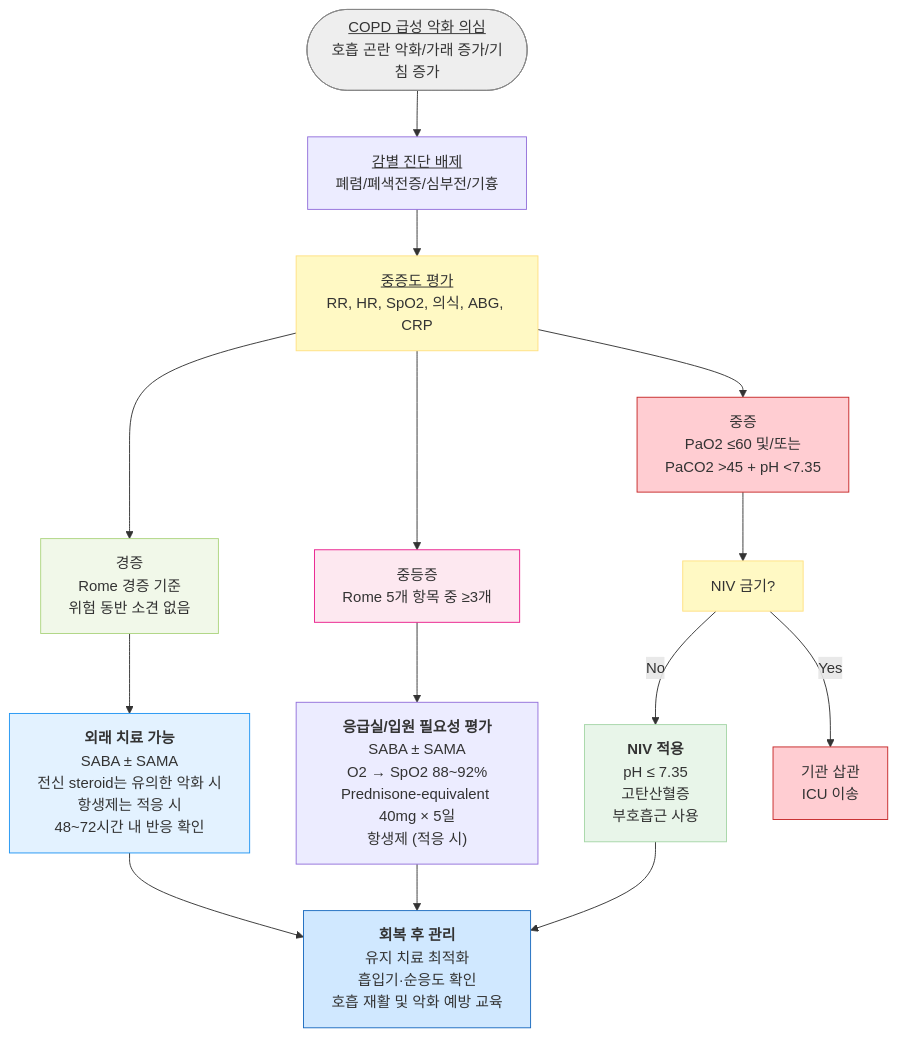
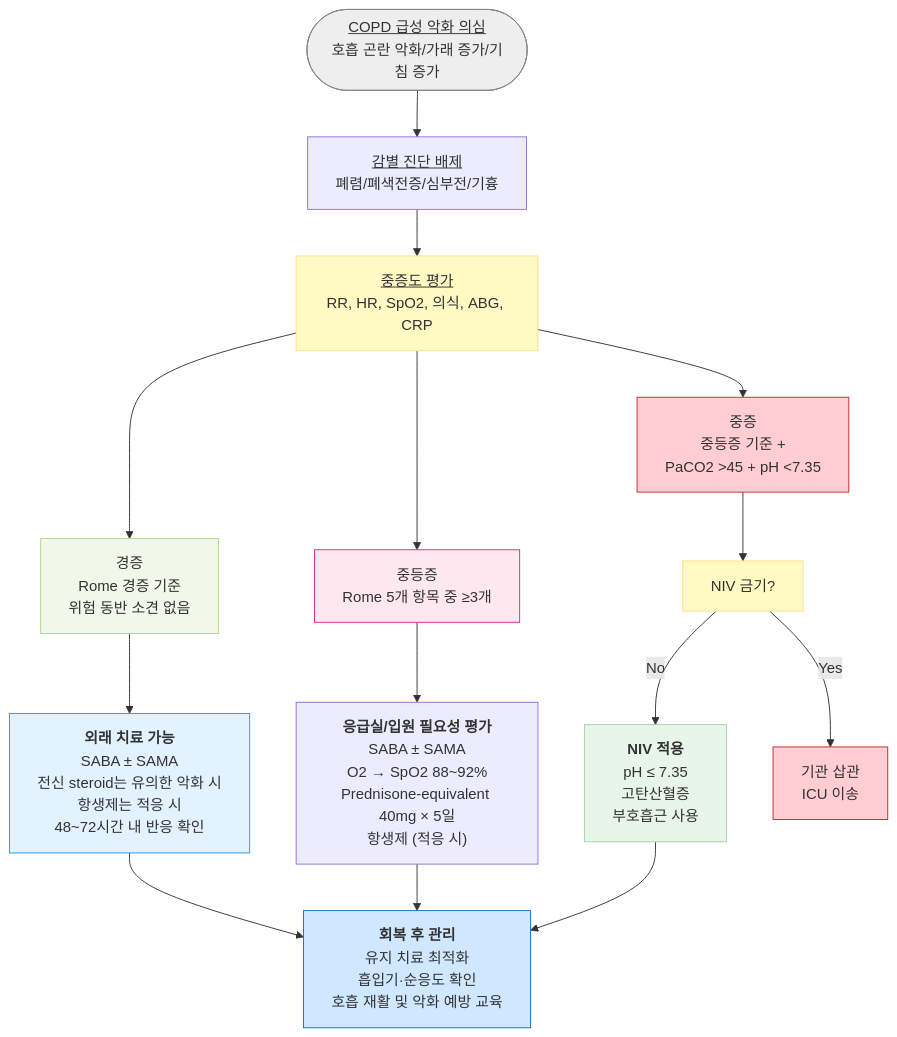
The third of 3 diagrams in 223_/072_-copd.md (familyoh77/familyoh77), drawn with Mermaid before and after one commit. The commit also changed other lines of this file and 2 other files, not shown here.

````diff
--- a/223_/072_-copd.md
+++ b/223_/072_-copd.md
@@ -578,34 +578,34 @@
 ```mermaid
 flowchart TD
     Start(["<u>COPD 급성 악화 의심</u><br/>호흡 곤란 악화/가래 증가/기침 증가"])
 
     Start --> Diff["<u>감별 진단 배제</u><br/>폐렴/폐색전증/심부전/기흉"]
     Diff --> Severity["<u>중증도 평가</u><br/>RR, HR, SpO2, 의식, ABG, CRP"]
 
     Severity --> Mild["경증<br/>Rome 경증 기준<br/>위험 동반 소견 없음"]
     Severity --> Moderate["중등증<br/>Rome 5개 항목 중 ≥3개"]
-    Severity --> Severe["중증<br/>PaO2 ≤60 및/또는<br/>PaCO2 &gt;45 + pH &lt;7.35"]
+    Severity --> Severe["중증<br/>중등증 기준 +<br/>PaCO2 &gt;45 + pH &lt;7.35"]
 
     Mild --> OutTx["<b>외래 치료 가능</b><br/>SABA ± SAMA<br/>전신 steroid는 유의한 악화 시<br/>항생제는 적응 시<br/>48~72시간 내 반응 확인"]
 
     Moderate --> HospTx["<b>응급실/입원 필요성 평가</b><br/>SABA ± SAMA<br/>O2 → SpO2 88~92%<br/>Prednisone-equivalent 40mg × 5일<br/>항생제 (적응 시)"]
 
     Severe --> NIVcheck["NIV 금기?"]
     NIVcheck -->|"No"| NIV["<b>NIV 적용</b><br/>pH ≤ 7.35<br/>고탄산혈증<br/>부호흡근 사용"]
     NIVcheck -->|"Yes"| Intubation["기관 삽관<br/>ICU 이송"]
 
     OutTx --> Followup["<b>회복 후 관리</b><br/>유지 치료 최적화<br/>흡입기·순응도 확인<br/>호흡 재활 및 악화 예방 교육"]
     HospTx --> Followup
     NIV --> Followup
 
     style Start fill:#eeeeee,stroke:#888888
     style Mild fill:#f1f8e9,stroke:#aed581
     style Moderate fill:#fde8f0,stroke:#e91e8c
     style NIV fill:#e8f5e9,stroke:#a5d6a7
 classDef yellow fill:#fff9c4,stroke:#ffe082    
 class Severity,NIVcheck yellow
 classDef red fill:#ffcdd2,stroke:#c62828
 class Severe,Intubation red
     style Followup fill:#d0e8ff,stroke:#1a6abf
     style OutTx fill:#e3f2ff,stroke:#2196f3
 ```
````
